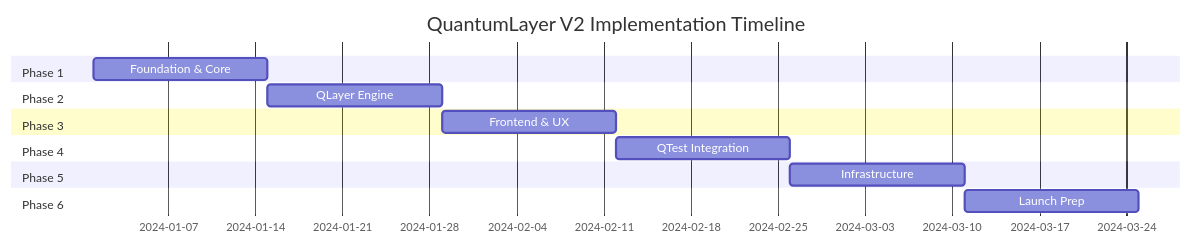
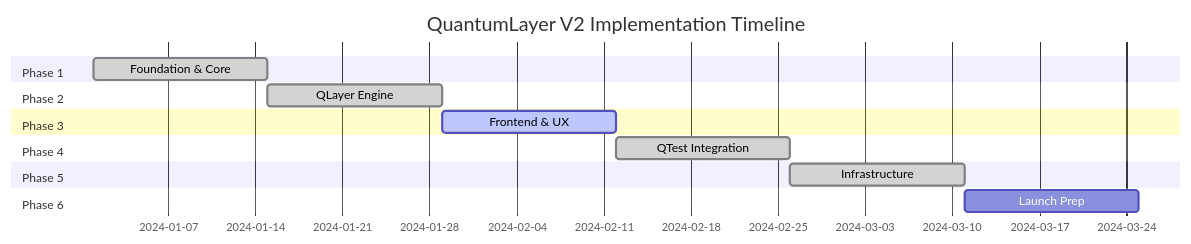
Before and after one commit to QuantumLayer-dev/quantumlayer-platform: the diagram in docs/planning/MASTER_IMPLEMENTATION_PLAN.md, drawn with Mermaid. The commit also changed other lines of this file and 8 other files, not shown here.

````diff
--- a/docs/planning/MASTER_IMPLEMENTATION_PLAN.md
+++ b/docs/planning/MASTER_IMPLEMENTATION_PLAN.md
@@ -10,17 +10,17 @@
 ```mermaid
 gantt
     title QuantumLayer V2 Implementation Timeline
     dateFormat  YYYY-MM-DD
     section Phase 1
-    Foundation & Core        :2024-01-01, 2w
+    Foundation & Core        :done, 2024-01-01, 2w
     section Phase 2
-    QLayer Engine           :2024-01-15, 2w
+    QLayer Engine           :done, 2024-01-15, 2w
     section Phase 3
-    Frontend & UX           :2024-01-29, 2w
+    Frontend & UX           :active, 2024-01-29, 2w
     section Phase 4
-    QTest Integration       :2024-02-12, 2w
+    QTest Integration       :done, 2024-02-12, 2w
     section Phase 5
-    Infrastructure          :2024-02-26, 2w
+    Infrastructure          :done, 2024-02-26, 2w
     section Phase 6
     Launch Prep             :2024-03-11, 2w
 ```
````
